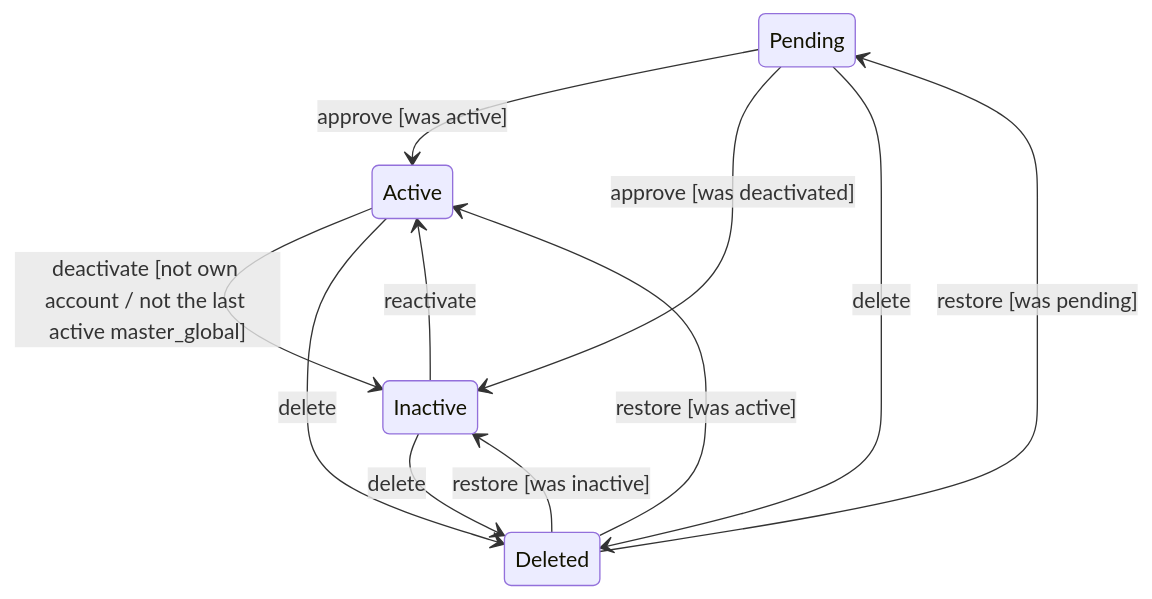
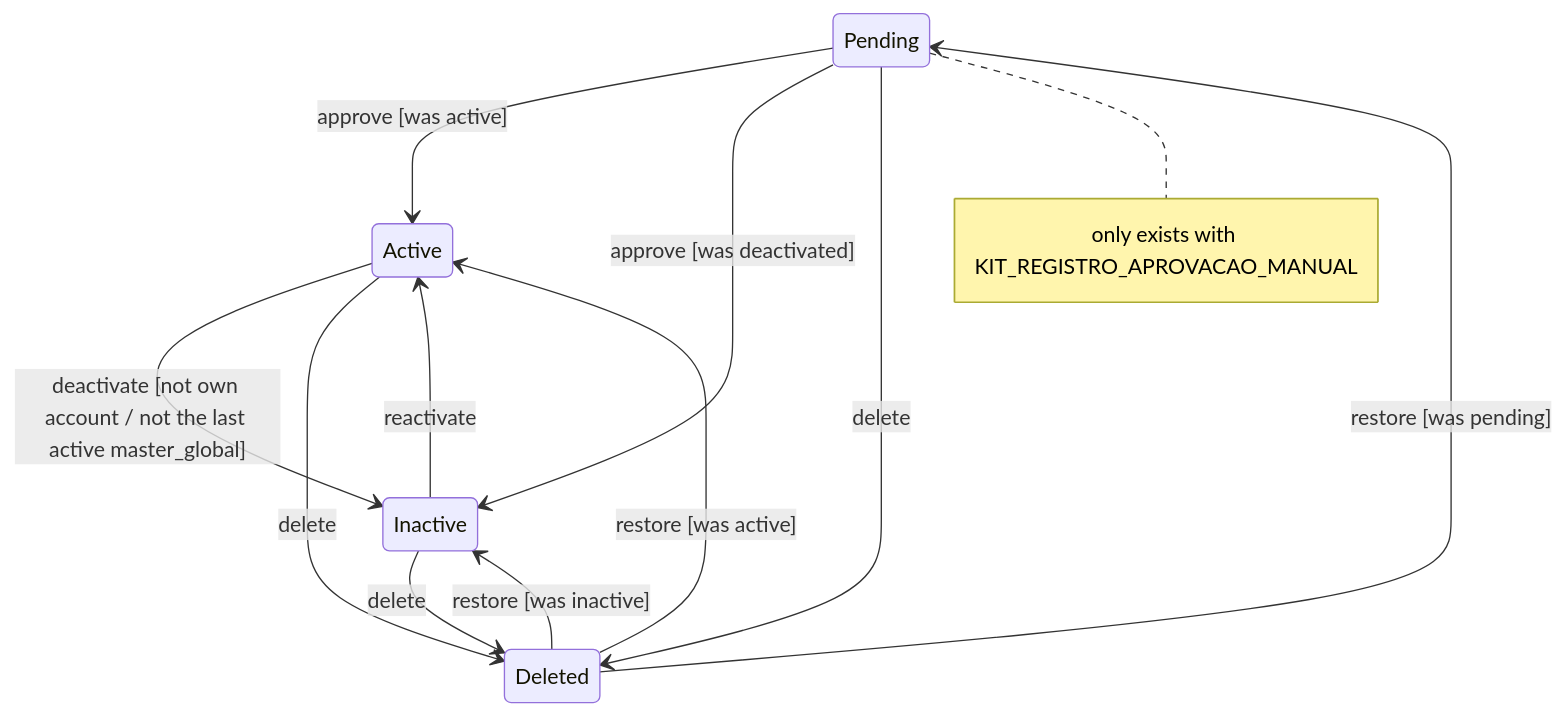
The diagram in docs/en/autenticacao/estados-de-usuario.md (gsferro/filament-starter-kit-easy), drawn with Mermaid before and after one commit. The commit also changed other lines of this file and 12 other files, not shown here.

First line of the commit message:
:lipstick: fix(site): os diagramas no tamanho natural, com rolagem no bloco, e os opcionais com a chave

````diff
--- a/docs/en/autenticacao/estados-de-usuario.md
+++ b/docs/en/autenticacao/estados-de-usuario.md
@@ -19,20 +19,21 @@
 ```mermaid
 stateDiagram-v2
 %% DG-08
 accTitle: User account states
 accDescr: Pending approves to Active (or Inactive, if it was deactivated before); Active and Inactive alternate by deactivate/reactivate; any of them can be deleted, and restoring goes back to the state from before deletion.
   Pendente --> Ativo : approve [was active]
   Pendente --> Inativo : approve [was deactivated]
   Ativo --> Inativo : deactivate [not own account / not the last active master_global]
   Ativo --> Excluida : delete
   Inativo --> Ativo : reactivate
   Inativo --> Excluida : delete
   Pendente --> Excluida : delete
   Excluida --> Ativo : restore [was active]
   Excluida --> Inativo : restore [was inactive]
   Excluida --> Pendente : restore [was pending]
   state "Pending" as Pendente
   state "Active" as Ativo
   state "Inactive" as Inativo
   state "Deleted" as Excluida
+  note right of Pendente : only exists with KIT_REGISTRO_APROVACAO_MANUAL
 ```
````
